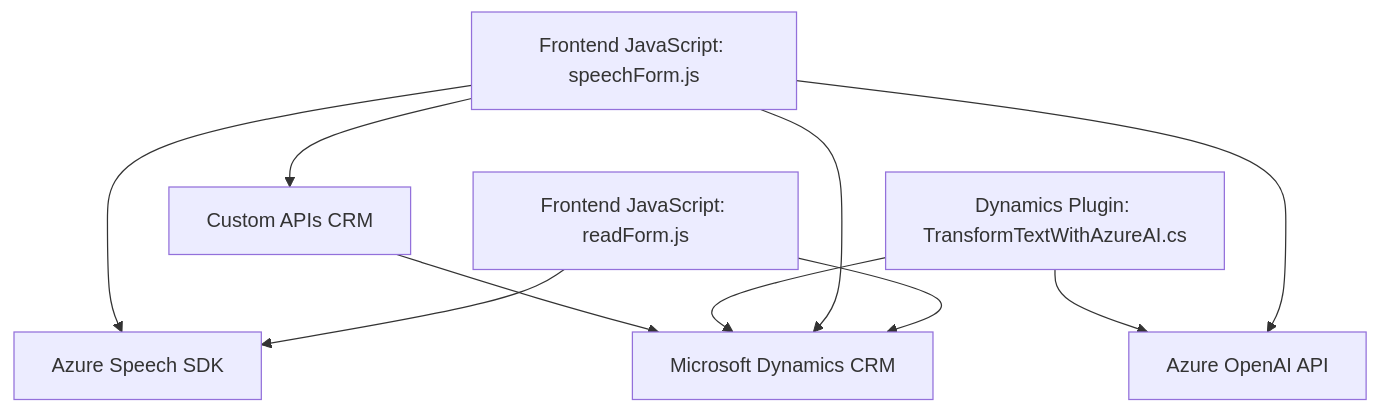
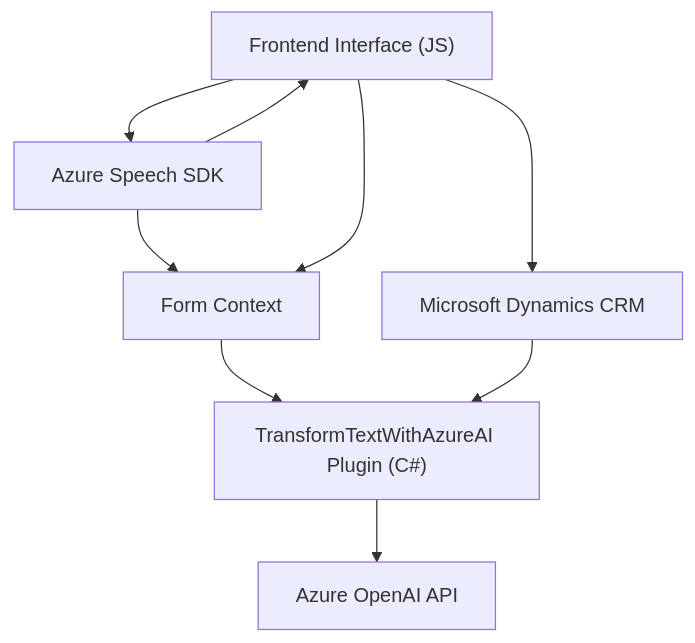
The diagram in README.md (blopezdm/NETCORE_BILBAO2025), drawn with Mermaid before and after one commit. The commit also changed other lines of this file, not shown here.

````diff
--- a/README.md
+++ b/README.md
@@ -53,20 +44,18 @@
 ```mermaid
 graph TD
-    A["Frontend JavaScript: readForm.js"]
-    B["Frontend JavaScript: speechForm.js"]
-    C["Dynamics Plugin: TransformTextWithAzureAI.cs"]
+    A["Frontend Interface (JS)"]
+    B["Azure Speech SDK"]
+    C["Azure OpenAI API"]
     D["Microsoft Dynamics CRM"]
-    E["Azure Speech SDK"]
-    F["Azure OpenAI API"]
-    G["Custom APIs CRM"]
+    E["TransformTextWithAzureAI Plugin (C#)"]
+    F["Form Context"]
 
+    A --> B
+    B --> F
+    A --> F
     A --> D
-    A --> E
-    B --> D
-    B --> E
-    B --> F
-    B --> G
-    C --> D
-    C --> F
-    G --> D
+    F --> E
+    E --> C
+    D --> E
+    B --> A
 ```
````
